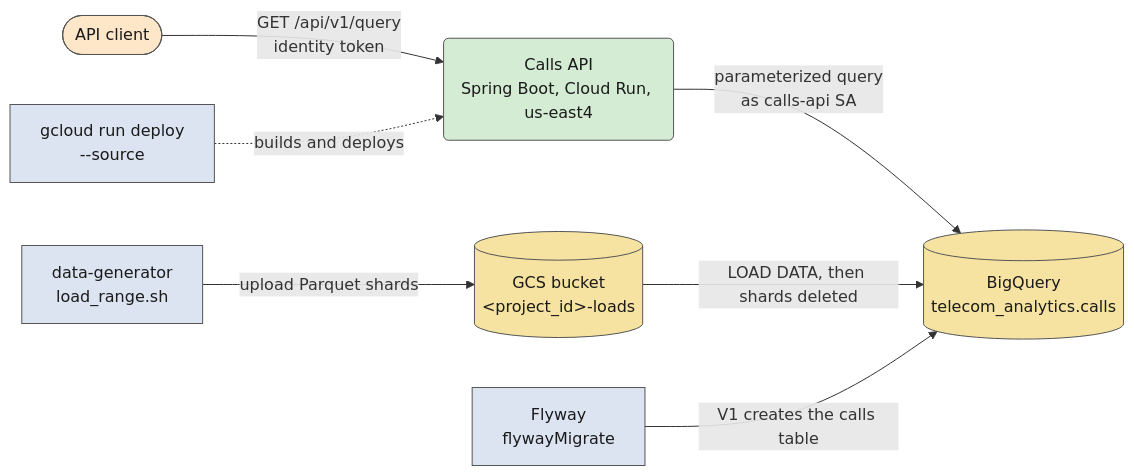
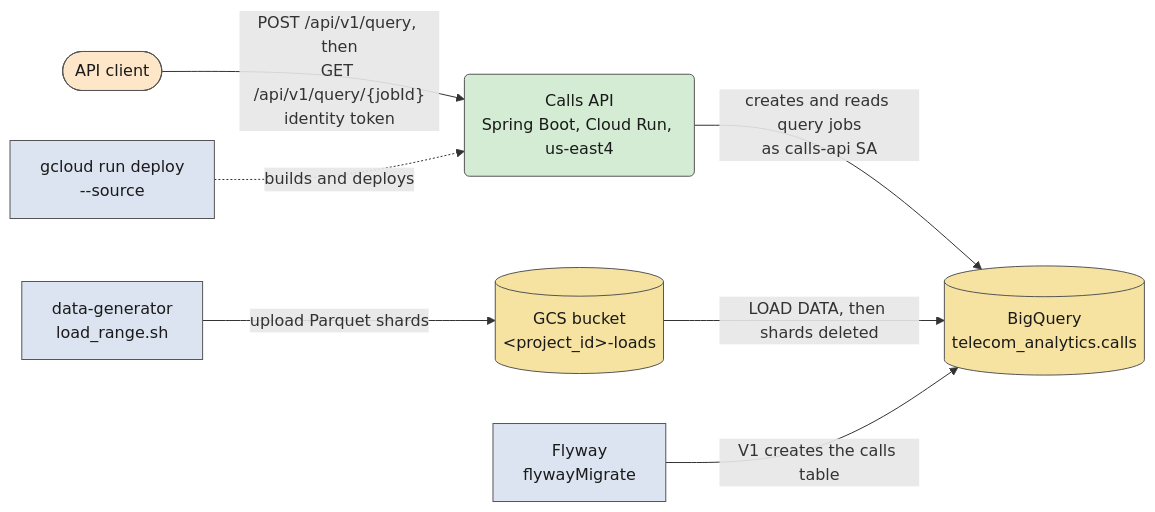
One commit to castroaj/GCP-BQ-DEMO changed the second of 4 diagrams in README.md. Above: the diagram before and after it, drawn with Mermaid. The commit also changed other lines of this file and 3 other files, not shown here.

First line of the commit message:
Document the async query API in the spec, usage guide, README diagrams and glossary

````diff
--- a/README.md
+++ b/README.md
@@ -38,26 +38,26 @@
 ```mermaid
 flowchart LR
   client(["API client"])
   api("Calls API<br/>Spring Boot, Cloud Run, us-east4")
   bq[("BigQuery<br/>telecom_analytics.calls")]
   gcs[("GCS bucket<br/>&lt;project_id&gt;-loads")]
   gen["data-generator<br/>load_range.sh"]
   flyway["Flyway<br/>flywayMigrate"]
   deploy["gcloud run deploy<br/>--source"]
 
-  client -->|"GET /api/v1/query<br/>identity token"| api
-  api -->|"parameterized query<br/>as calls-api SA"| bq
+  client -->|"POST /api/v1/query, then<br/>GET /api/v1/query/{jobId}<br/>identity token"| api
+  api -->|"creates and reads query jobs<br/>as calls-api SA"| bq
   gen -->|"upload Parquet shards"| gcs
   gcs -->|"LOAD DATA, then shards deleted"| bq
   flyway -->|"V1 creates the calls table"| bq
   deploy -.->|"builds and deploys"| api
 
   classDef client fill:#fde7c8,stroke:#555,color:#1a1a1a
   classDef tool fill:#dbe4f0,stroke:#555,color:#1a1a1a
   classDef compute fill:#d3ecd3,stroke:#555,color:#1a1a1a
   classDef store fill:#f6e3a1,stroke:#555,color:#1a1a1a
   class client client
   class gen,flyway,deploy tool
   class api compute
   class bq,gcs store
 ```
````
